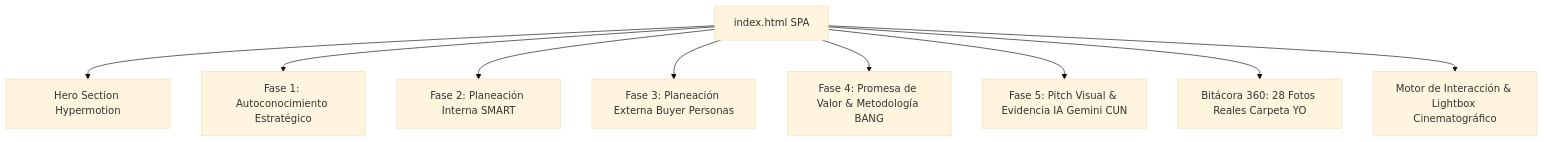
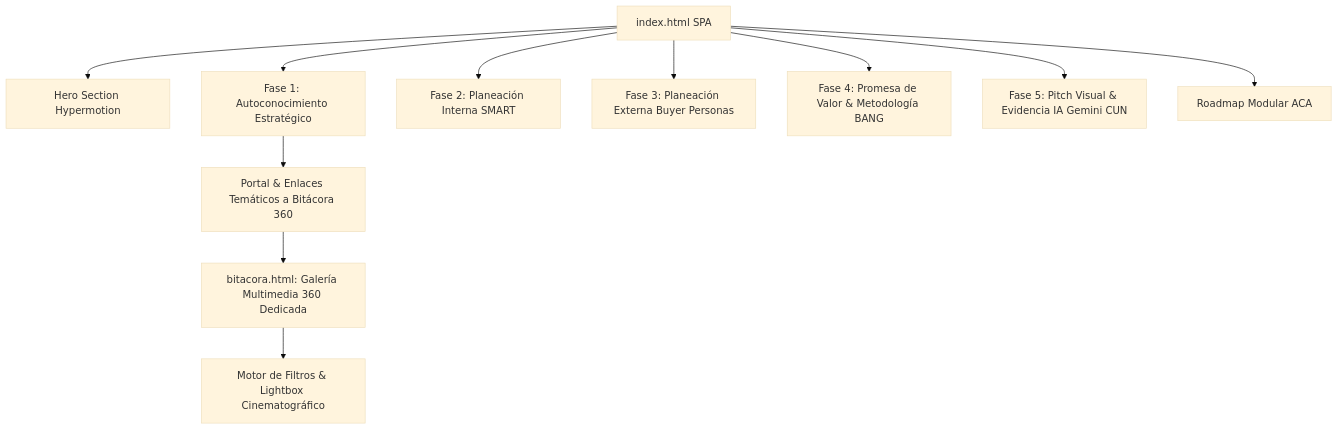
The diagram in BITACORA_SOLUCION.md (enrique-camargo/marca-personal), drawn with Mermaid (base theme) before and after one commit. The commit also changed other lines of this file and 3 other files, not shown here.

Commit message:
feat(galeria): desacoplar Bitacora 360 en bitacora.html y colocar portal interactivo dentro de Autoconocimiento

````diff
--- a/BITACORA_SOLUCION.md
+++ b/BITACORA_SOLUCION.md
@@ -37,11 +37,13 @@
 ```mermaid
 graph TD
     A[index.html SPA] --> B[Hero Section Hypermotion]
     A --> C[Fase 1: Autoconocimiento Estratégico]
+    C --> H[Portal & Enlaces Temáticos a Bitácora 360]
+    H --> J[bitacora.html: Galería Multimedia 360 Dedicada]
+    J --> I[Motor de Filtros & Lightbox Cinematográfico]
     A --> D[Fase 2: Planeación Interna SMART]
     A --> E[Fase 3: Planeación Externa Buyer Personas]
     A --> F[Fase 4: Promesa de Valor & Metodología BANG]
     A --> G[Fase 5: Pitch Visual & Evidencia IA Gemini CUN]
-    A --> H[Bitácora 360: 28 Fotos Reales Carpeta YO]
-    A --> I[Motor de Interacción & Lightbox Cinematográfico]
+    A --> K[Roadmap Modular ACA]
 ```
````
